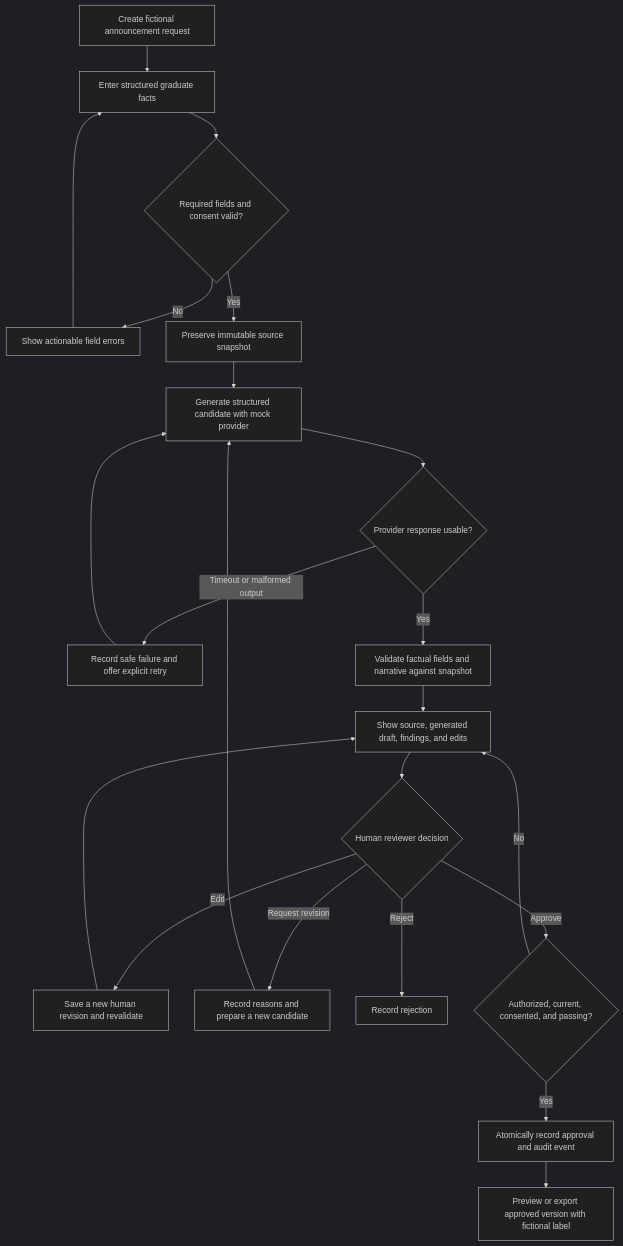
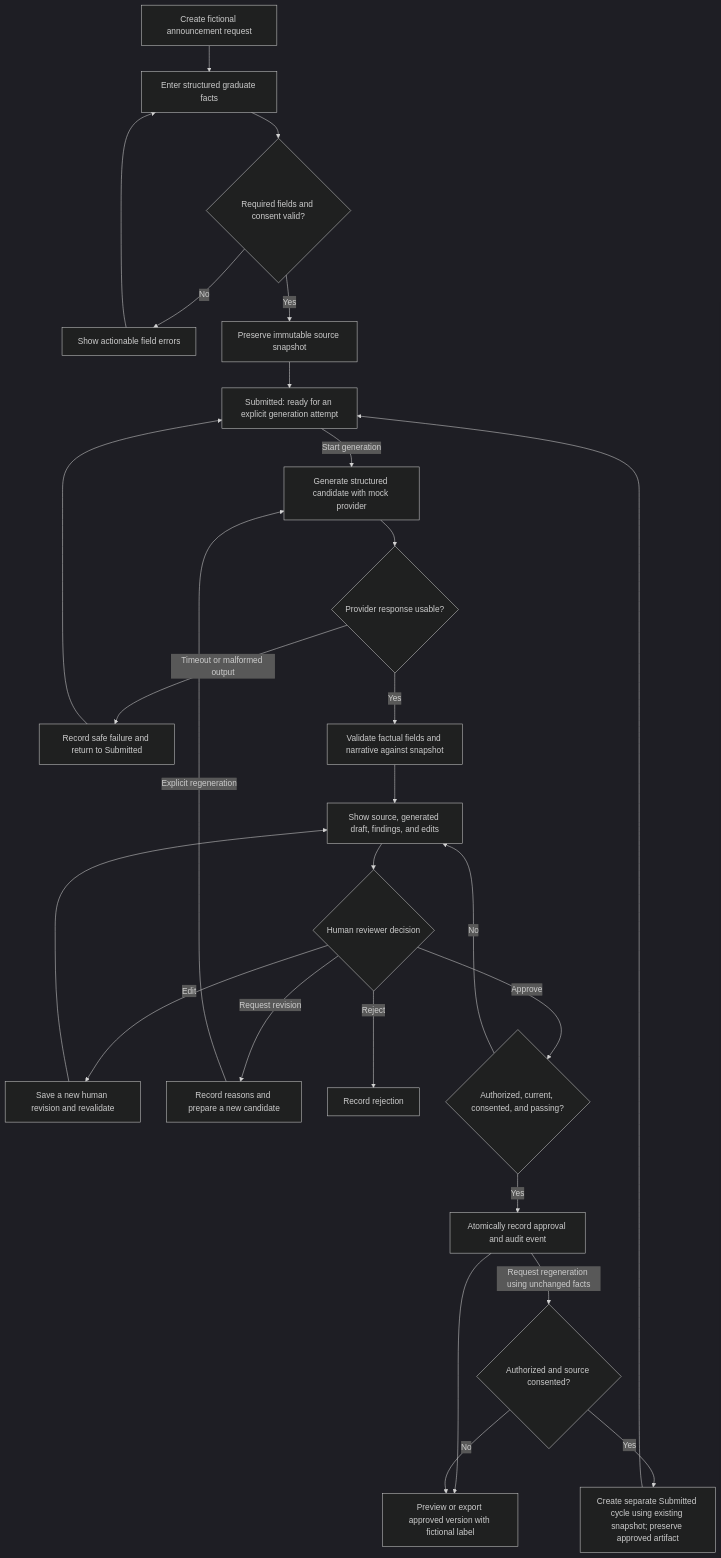
The first of 4 diagrams in case-studies/graduation-announcement-system/ARCHITECTURE.md (swa34/ai-engineering-portfolio), drawn with Mermaid (dark theme) before and after one commit. The commit also changed other lines of this file and 4 other files, not shown here.

````diff
--- a/case-studies/graduation-announcement-system/ARCHITECTURE.md
+++ b/case-studies/graduation-announcement-system/ARCHITECTURE.md
@@ -9,24 +9,29 @@
 ```mermaid
 flowchart TD
     A[Create fictional announcement request] --> B[Enter structured graduate facts]
     B --> C{Required fields and consent valid?}
     C -->|No| D[Show actionable field errors]
     D --> B
     C -->|Yes| E[Preserve immutable source snapshot]
-    E --> F[Generate structured candidate with mock provider]
+    E --> S[Submitted: ready for an explicit generation attempt]
+    S -->|Start generation| F[Generate structured candidate with mock provider]
     F --> G{Provider response usable?}
-    G -->|Timeout or malformed output| H[Record safe failure and offer explicit retry]
-    H --> F
+    G -->|Timeout or malformed output| H[Record safe failure and return to Submitted]
+    H --> S
     G -->|Yes| I[Validate factual fields and narrative against snapshot]
     I --> J[Show source, generated draft, findings, and edits]
     J --> K{Human reviewer decision}
     K -->|Edit| L[Save a new human revision and revalidate]
     L --> J
     K -->|Request revision| M[Record reasons and prepare a new candidate]
-    M --> F
+    M -->|Explicit regeneration| F
     K -->|Reject| N[Record rejection]
     K -->|Approve| O{Authorized, current, consented, and passing?}
     O -->|No| J
     O -->|Yes| P[Atomically record approval and audit event]
     P --> Q[Preview or export approved version with fictional label]
+    P -->|Request regeneration using unchanged facts| R{Authorized and source consented?}
+    R -->|No| Q
+    R -->|Yes| T[Create separate Submitted cycle using existing snapshot; preserve approved artifact]
+    T --> S
 ```
````
